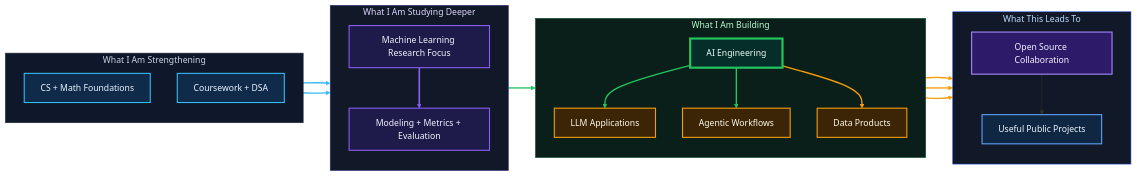
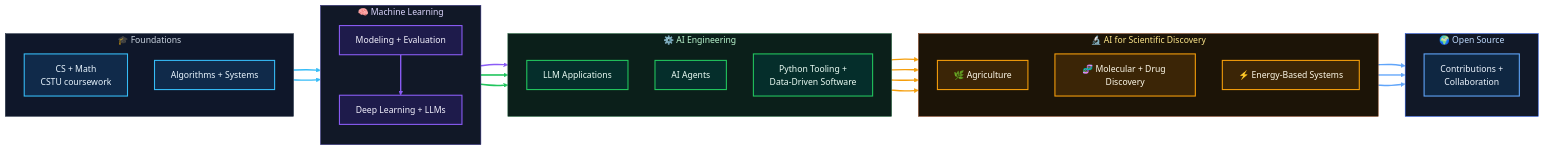
One commit to M-F-Tushar/M-F-Tushar changed the diagram in README.md. Above: the diagram before and after it, drawn with Mermaid. The commit also changed other lines of this file, not shown here.

Commit message:
Redesign profile README with new bio, research focus, navigation, and animated visuals

````diff
--- a/README.md
+++ b/README.md
@@ -134,57 +105,65 @@
 ```mermaid
 flowchart LR
-    subgraph Preparation["What I Am Strengthening"]
-    direction TB
-        Core["CS + Math Foundations"]:::foundation
-        DSA["Coursework + DSA"]:::foundation
+    subgraph Foundations["🎓 Foundations"]
+        direction TB
+        CS["CS + Math<br/>CSTU coursework"]:::foundation
+        DSA["Algorithms + Systems"]:::foundation
     end
 
-    subgraph Specialization["What I Am Studying Deeper"]
-    direction TB
-        ML["Machine Learning Research Focus"]:::research
-        Eval["Modeling + Metrics + Evaluation"]:::research
+    subgraph Core["🧠 Machine Learning"]
+        direction TB
+        ML["Modeling + Evaluation"]:::research
+        DL["Deep Learning + LLMs"]:::research
     end
 
-    subgraph Practice["What I Am Building"]
-    direction TB
-        Eng["AI Engineering"]:::engineering
-        LLM["LLM Applications"]:::applied
-        Agent["Agentic Workflows"]:::applied
-        Data["Data Products"]:::applied
+    subgraph Build["⚙️ AI Engineering"]
+        direction TB
+        Apps["LLM Applications"]:::applied
+        Agents["AI Agents"]:::applied
+        Tools["Python Tooling +<br/>Data-Driven Software"]:::applied
     end
 
-    subgraph Outcome["What This Leads To"]
-    direction TB
-        OSS["Open Source Collaboration"]:::community
-        Portfolio["Useful Public Projects"]:::portfolio
+    subgraph Science["🔬 AI for Scientific Discovery"]
+        direction TB
+        Agri["🌿 Agriculture"]:::domain
+        Drug["🧬 Molecular + Drug Discovery"]:::domain
+        Energy["⚡ Energy-Based Systems"]:::domain
     end
 
-    Core --> ML
+    subgraph OSS["🌍 Open Source"]
+        direction TB
+        Contrib["Contributions +<br/>Collaboration"]:::community
+    end
+
+    CS --> ML
     DSA --> ML
-    ML --> Eval
-    Eval ==> Eng
-    Eng --> LLM
-    Eng --> Agent
-    Eng --> Data
-    LLM --> OSS
-    Agent --> OSS
-    Data --> Portfolio
-    OSS --> Portfolio
+    ML --> DL
+    ML --> Tools
+    DL ==> Apps
+    DL ==> Agents
+    Apps --> Agri
+    Apps --> Energy
+    Agents --> Drug
+    Tools --> Agri
+    Agri --> Contrib
+    Drug --> Contrib
+    Energy --> Contrib
 
     classDef foundation fill:#102A4A,stroke:#36BCF7,stroke-width:2px,color:#EAF6FF;
     classDef research fill:#1E1B4B,stroke:#8B5CF6,stroke-width:2px,color:#F5F3FF;
-    classDef engineering fill:#052E2B,stroke:#22C55E,stroke-width:4px,color:#ECFDF5;
-    classDef applied fill:#3B2506,stroke:#F59E0B,stroke-width:2px,color:#FFFBEB;
-    classDef community fill:#2D1B69,stroke:#A78BFA,stroke-width:2px,color:#F5F3FF;
-    classDef portfolio fill:#0F2742,stroke:#60A5FA,stroke-width:2px,color:#EFF6FF;
+    classDef applied fill:#052E2B,stroke:#22C55E,stroke-width:2px,color:#ECFDF5;
+    classDef domain fill:#3B2506,stroke:#F59E0B,stroke-width:2px,color:#FFFBEB;
+    classDef community fill:#0F2742,stroke:#60A5FA,stroke-width:2px,color:#EFF6FF;
 
-    style Preparation fill:#0F172A,stroke:#233044,stroke-width:1px,color:#CBD5E1
-    style Specialization fill:#111827,stroke:#312E81,stroke-width:1px,color:#DDD6FE
-    style Practice fill:#0B1F1A,stroke:#14532D,stroke-width:1px,color:#BBF7D0
-    style Outcome fill:#111827,stroke:#1D4ED8,stroke-width:1px,color:#BFDBFE
+    style Foundations fill:#0F172A,stroke:#233044,stroke-width:1px,color:#CBD5E1
+    style Core fill:#111827,stroke:#312E81,stroke-width:1px,color:#DDD6FE
+    style Build fill:#0B1F1A,stroke:#14532D,stroke-width:1px,color:#BBF7D0
+    style Science fill:#1C1407,stroke:#78350F,stroke-width:1px,color:#FDE68A
+    style OSS fill:#111827,stroke:#1D4ED8,stroke-width:1px,color:#BFDBFE
 
     linkStyle 0,1 stroke:#36BCF7,stroke-width:2.5px;
-    linkStyle 2 stroke:#8B5CF6,stroke-width:3px;
-    linkStyle 3,4,5 stroke:#22C55E,stroke-width:2.5px;
+    linkStyle 2,3 stroke:#8B5CF6,stroke-width:2.5px;
+    linkStyle 4,5 stroke:#22C55E,stroke-width:3px;
     linkStyle 6,7,8,9 stroke:#F59E0B,stroke-width:2.5px;
+    linkStyle 10,11,12 stroke:#60A5FA,stroke-width:2.5px;
 ```
````
